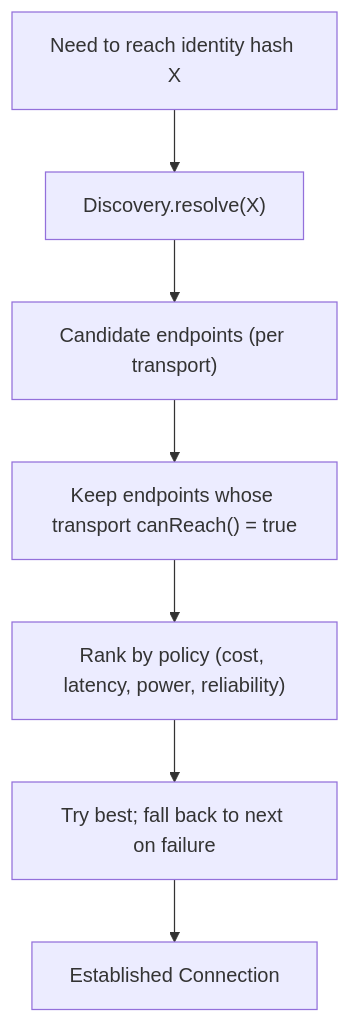
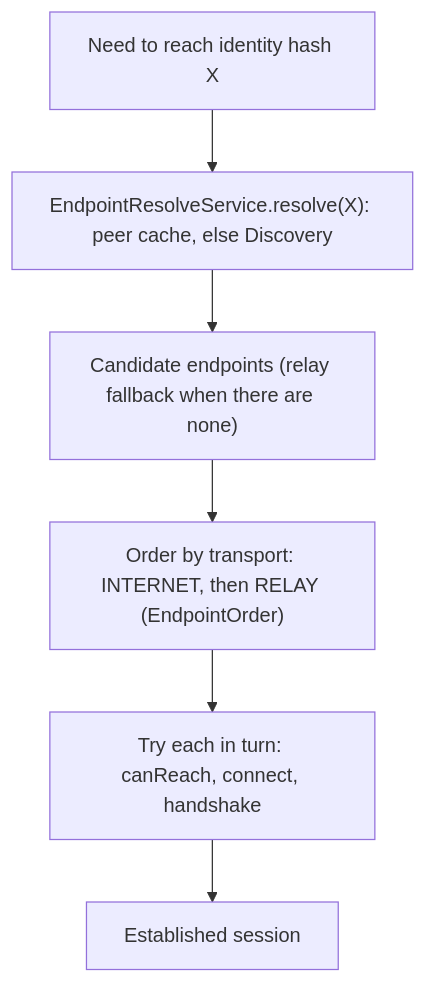
One commit to 0xAsghar/vMessenger changed the second of 3 diagrams in docs/Network.md. Above: the diagram before and after it, drawn with Mermaid. The commit also changed other lines of this file and 16 other files, not shown here.

````diff
--- a/docs/Network.md
+++ b/docs/Network.md
@@ -193,9 +222,8 @@
 ```mermaid
 flowchart TD
-  Need["Need to reach identity hash X"] --> Resolve["Discovery.resolve(X)"]
-  Resolve --> Endpoints["Candidate endpoints (per transport)"]
-  Endpoints --> Filter["Keep endpoints whose transport canReach() = true"]
-  Filter --> Rank["Rank by policy (cost, latency, power, reliability)"]
-  Rank --> Try["Try best; fall back to next on failure"]
-  Try --> Conn["Established Connection"]
+  Need["Need to reach identity hash X"] --> Resolve["EndpointResolveService.resolve(X): peer cache, else Discovery"]
+  Resolve --> Endpoints["Candidate endpoints (relay fallback when there are none)"]
+  Endpoints --> Rank["Order by transport: INTERNET, then RELAY (EndpointOrder)"]
+  Rank --> Try["Try each in turn: canReach, connect, handshake"]
+  Try --> Conn["Established session"]
 ```
````
